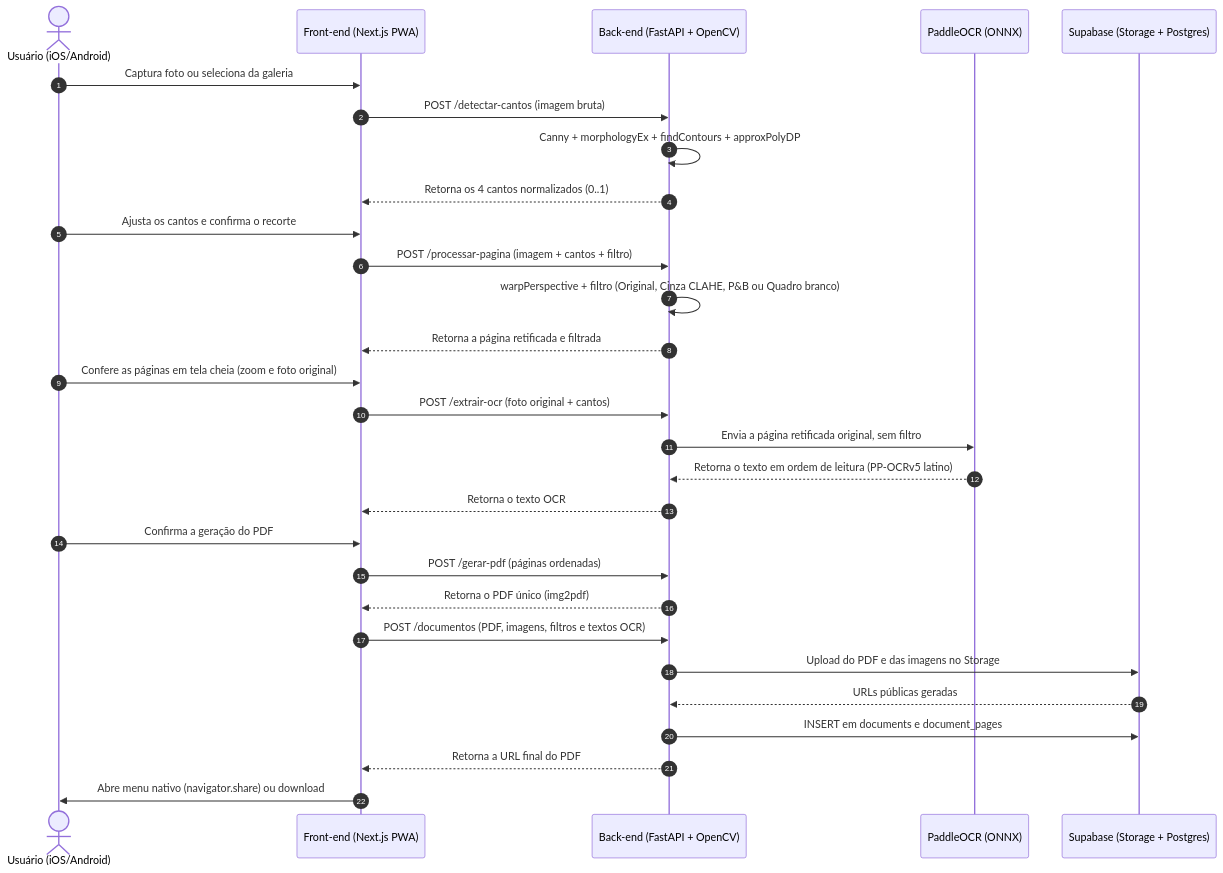
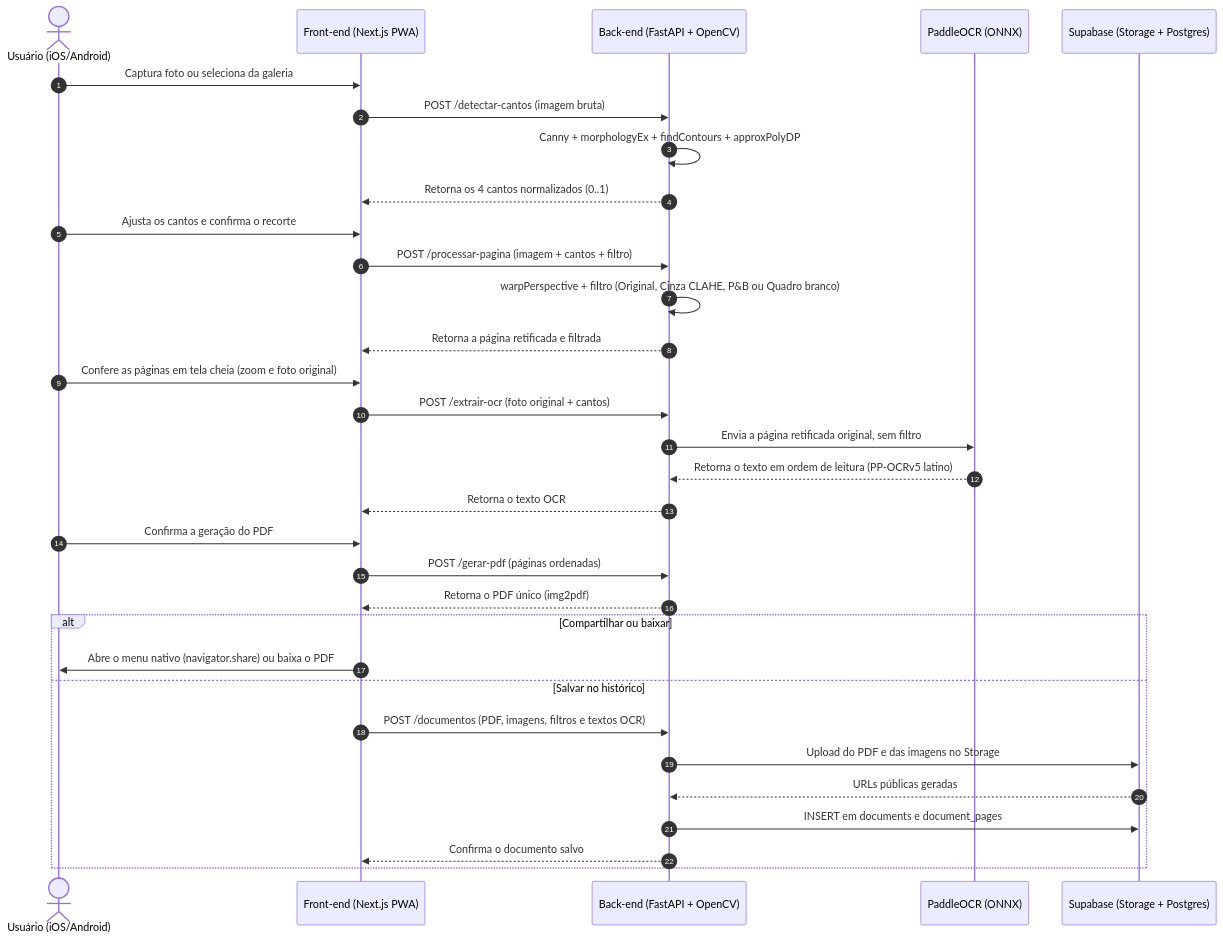
The second of 3 diagrams in docs/documentacao_miniscan.md (Gustavogconte/miniscan-desafio), drawn with Mermaid before and after one commit. The commit also changed other lines of this file and 5 other files, not shown here.

````diff
--- a/docs/documentacao_miniscan.md
+++ b/docs/documentacao_miniscan.md
@@ -74,32 +86,35 @@
 ```mermaid
 sequenceDiagram
     autonumber
     actor U as Usuário (iOS/Android)
     participant PWA as Front-end (Next.js PWA)
     participant API as Back-end (FastAPI + OpenCV)
     participant OCR as PaddleOCR (ONNX)
     participant SB as Supabase (Storage + Postgres)
 
     U->>PWA: Captura foto ou seleciona da galeria
     PWA->>API: POST /detectar-cantos (imagem bruta)
     API->>API: Canny + morphologyEx + findContours + approxPolyDP
     API-->>PWA: Retorna os 4 cantos normalizados (0..1)
     U->>PWA: Ajusta os cantos e confirma o recorte
     PWA->>API: POST /processar-pagina (imagem + cantos + filtro)
     API->>API: warpPerspective + filtro (Original, Cinza CLAHE, P&B ou Quadro branco)
     API-->>PWA: Retorna a página retificada e filtrada
     U->>PWA: Confere as páginas em tela cheia (zoom e foto original)
     PWA->>API: POST /extrair-ocr (foto original + cantos)
     API->>OCR: Envia a página retificada original, sem filtro
     OCR-->>API: Retorna o texto em ordem de leitura (PP-OCRv5 latino)
     API-->>PWA: Retorna o texto OCR
     U->>PWA: Confirma a geração do PDF
     PWA->>API: POST /gerar-pdf (páginas ordenadas)
     API-->>PWA: Retorna o PDF único (img2pdf)
-    PWA->>API: POST /documentos (PDF, imagens, filtros e textos OCR)
-    API->>SB: Upload do PDF e das imagens no Storage
-    SB-->>API: URLs públicas geradas
-    API->>SB: INSERT em documents e document_pages
-    API-->>PWA: Retorna a URL final do PDF
-    PWA->>U: Abre menu nativo (navigator.share) ou download
+    alt Compartilhar ou baixar
+        PWA->>U: Abre o menu nativo (navigator.share) ou baixa o PDF
+    else Salvar no histórico
+        PWA->>API: POST /documentos (PDF, imagens, filtros e textos OCR)
+        API->>SB: Upload do PDF e das imagens no Storage
+        SB-->>API: URLs públicas geradas
+        API->>SB: INSERT em documents e document_pages
+        API-->>PWA: Confirma o documento salvo
+    end
 ```
````
